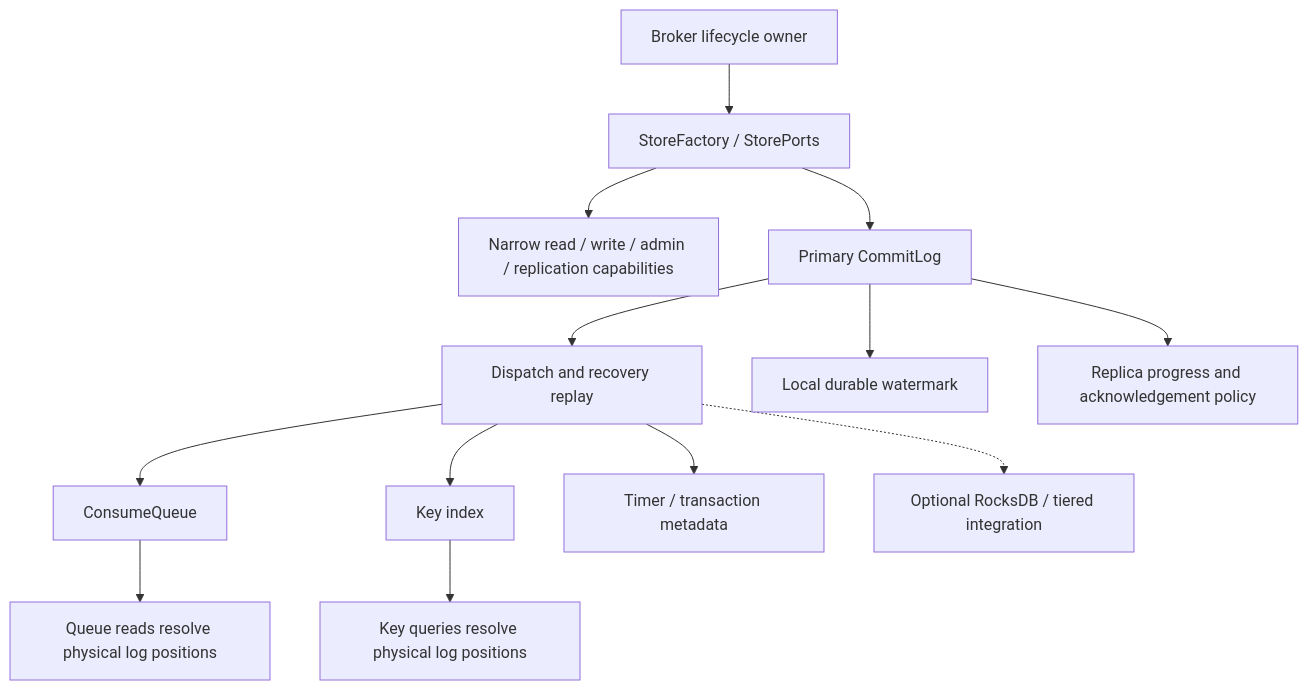
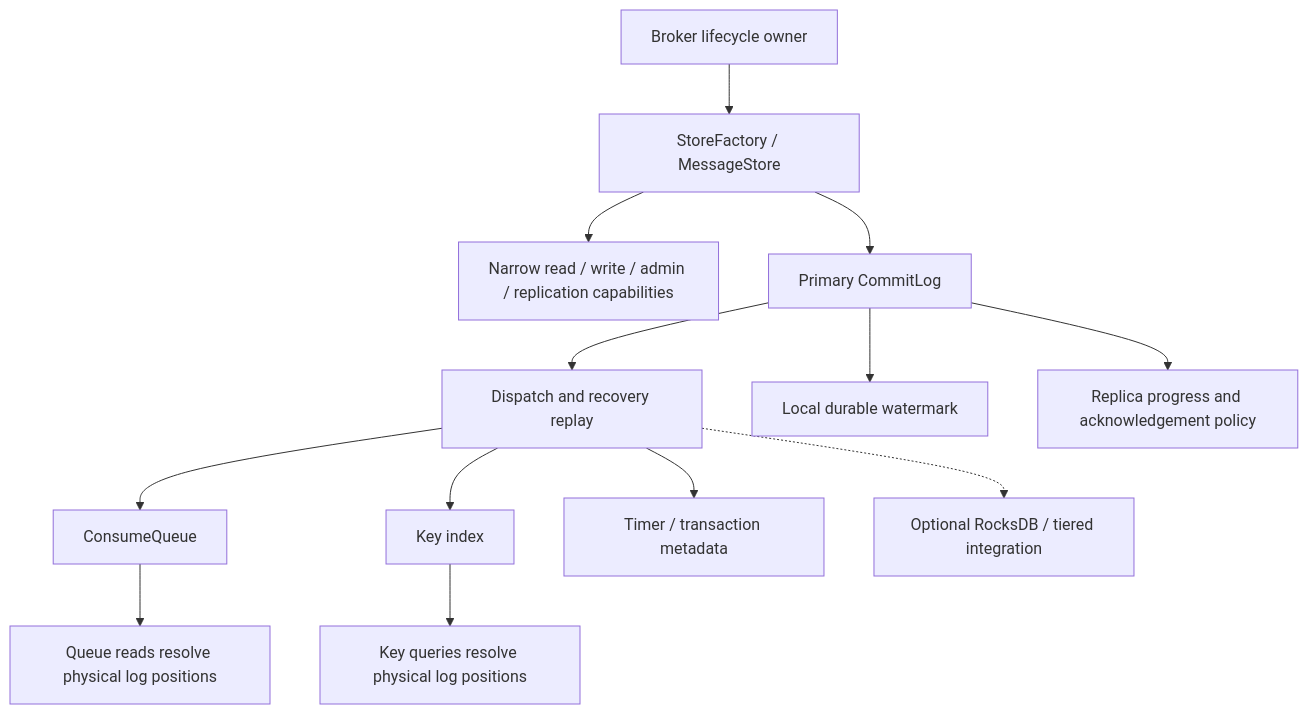
Before and after one commit to mxsm/rocketmq-rust: the first of 2 diagrams in rocketmq-website/docs/architecture/storage.md, drawn with Mermaid. The commit also changed other lines of this file and 42 other files, not shown here.

Commit message:
[ISSUE #11474]♻️Rename StorePorts to MessageStore

````diff
--- a/rocketmq-website/docs/architecture/storage.md
+++ b/rocketmq-website/docs/architecture/storage.md
@@ -11,15 +11,15 @@
 ```mermaid
 flowchart TB
-    Broker["Broker lifecycle owner"] --> Factory["StoreFactory / StorePorts"]
+    Broker["Broker lifecycle owner"] --> Factory["StoreFactory / MessageStore"]
     Factory --> Ports["Narrow read / write / admin / replication capabilities"]
     Factory --> Log["Primary CommitLog"]
     Log --> Dispatch["Dispatch and recovery replay"]
     Dispatch --> CQ["ConsumeQueue"]
     Dispatch --> Index["Key index"]
     Dispatch --> Timer["Timer / transaction metadata"]
     Dispatch -.-> Secondary["Optional RocksDB / tiered integration"]
     CQ --> Reads["Queue reads resolve physical log positions"]
     Index --> Queries["Key queries resolve physical log positions"]
     Log --> Flush["Local durable watermark"]
     Log --> Replication["Replica progress and acknowledgement policy"]
 ```
````
